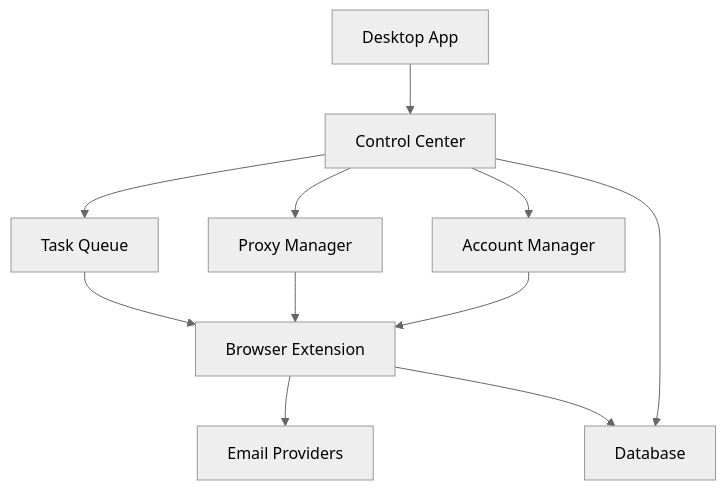
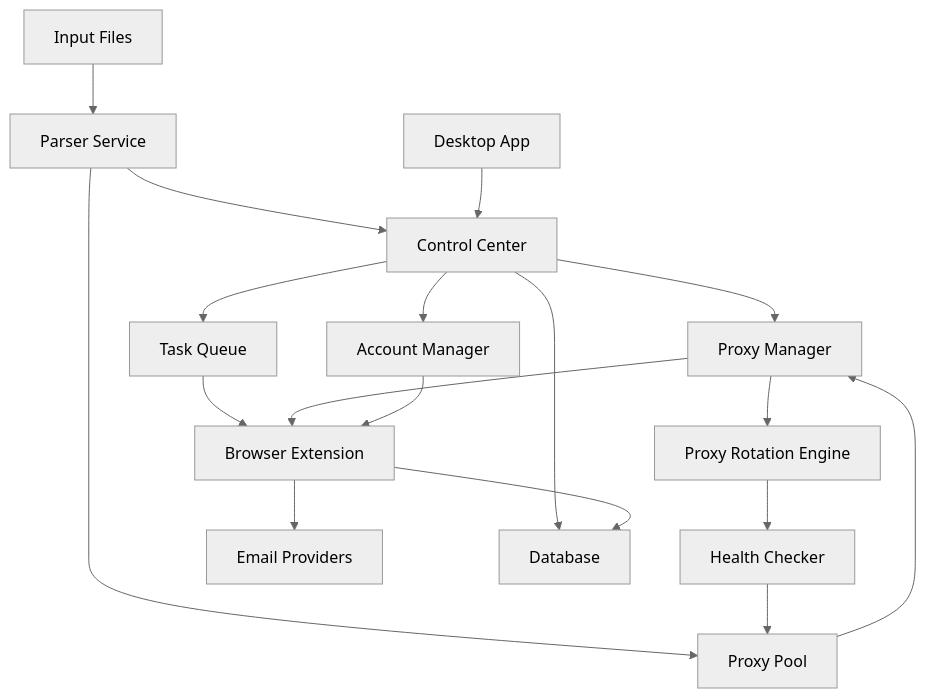
One commit to rahulMehndiratta2602/EmailWarmer changed the first of 4 diagrams in email-reputation-system.md. Above: the diagram before and after it, drawn with Mermaid (neutral theme). The commit also changed other lines of this file, not shown here.

Commit message:
Update system architecture with proxy rotation and input file handling

````diff
--- a/email-reputation-system.md
+++ b/email-reputation-system.md
@@ -23,13 +25,20 @@
 ```mermaid
 graph TD
+    I[Input Files] --> P[Parser Service]
+    P --> B[Control Center]
+    P --> PM[Proxy Pool]
     A[Desktop App] --> B[Control Center]
     B --> C[Task Queue]
     B --> D[Proxy Manager]
     B --> E[Account Manager]
+    PM --> D
+    D --> PR[Proxy Rotation Engine]
+    PR --> HC[Health Checker]
+    HC --> PM
     C --> F[Browser Extension]
     D --> F
     E --> F
     F --> G[Email Providers]
     B --> H[Database]
     F --> H
 ```
````
